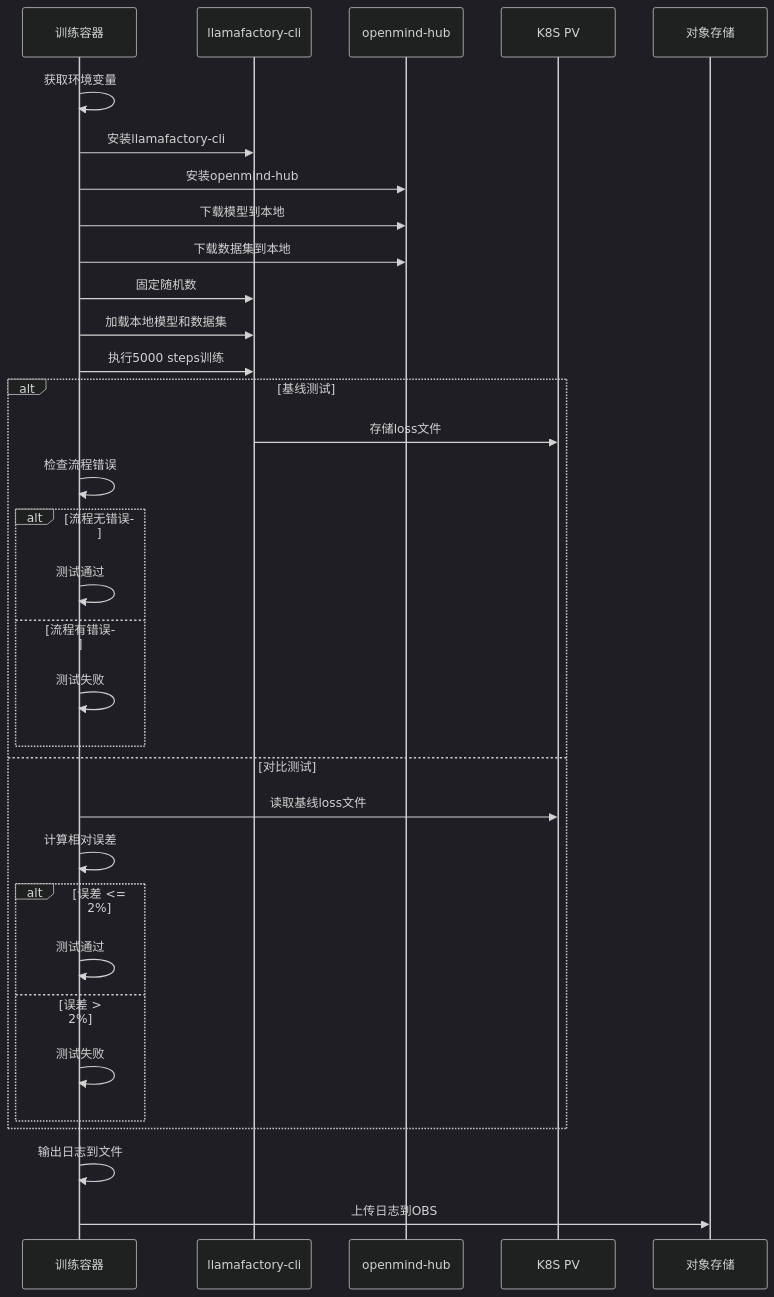
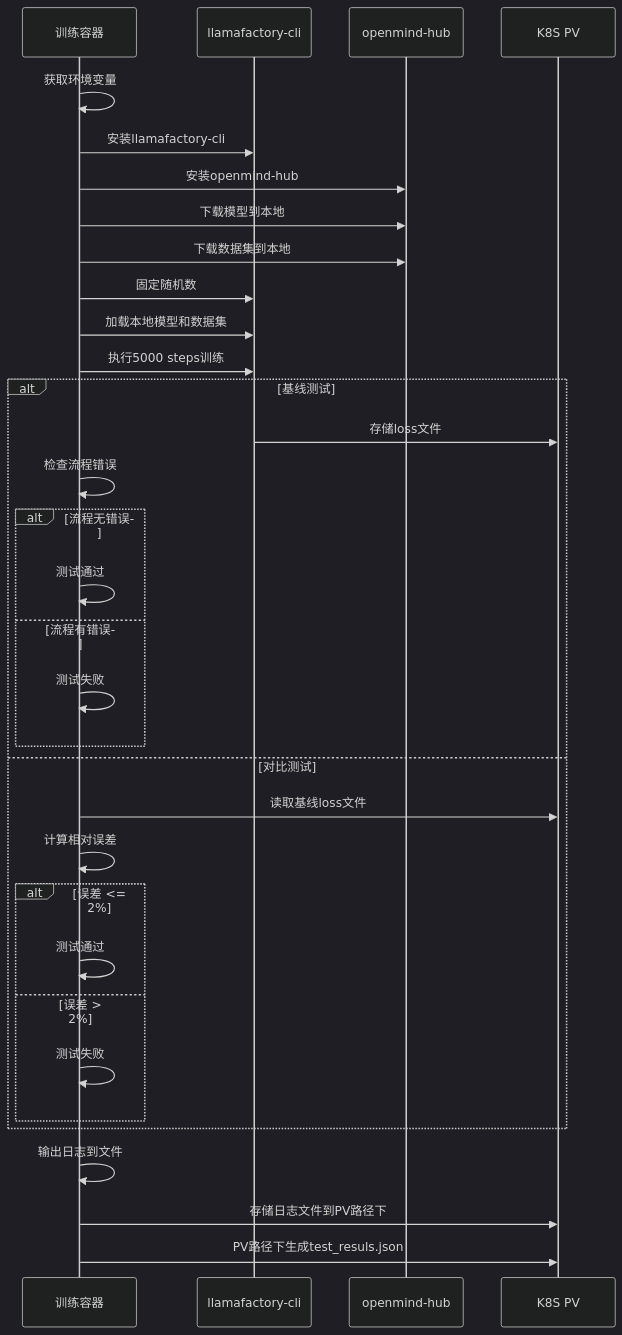
Before and after one commit to pillumina/design-proposal: the seventh of 12 diagrams in 模型精度性能测试自动化.md, drawn with Mermaid (dark theme). The commit also changed other lines of this file, not shown here.

````diff
--- a/模型精度性能测试自动化.md
+++ b/模型精度性能测试自动化.md
@@ -865,36 +927,36 @@
 ```mermaid
 sequenceDiagram
     participant Container as 训练容器
     participant CLI as llamafactory-cli
     participant Hub as openmind-hub
     participant Storage as K8S PV
-    participant OBS as 对象存储
 
     Container ->> Container: 获取环境变量
     Container ->> CLI: 安装llamafactory-cli
     Container ->> Hub: 安装openmind-hub
     Container ->> Hub: 下载模型到本地
     Container ->> Hub: 下载数据集到本地
     Container ->> CLI: 固定随机数
     Container ->> CLI: 加载本地模型和数据集
     Container ->> CLI: 执行5000 steps训练
     alt 基线测试
         CLI ->> Storage: 存储loss文件
         Container ->> Container: 检查流程错误
         alt 流程无错误
             Container ->> Container: 测试通过
         else 流程有错误
             Container ->> Container: 测试失败
         end
     else 对比测试
         Container ->> Storage: 读取基线loss文件
         Container ->> Container: 计算相对误差
         alt 误差 <= 2%
             Container ->> Container: 测试通过
         else 误差 > 2%
             Container ->> Container: 测试失败
         end
     end
     Container ->> Container: 输出日志到文件
-    Container ->> OBS: 上传日志到OBS
+    Container ->> Storage: 存储日志文件到PV路径下
+    Container ->> Storage: PV路径下生成test_resuls.json
 ```
````
